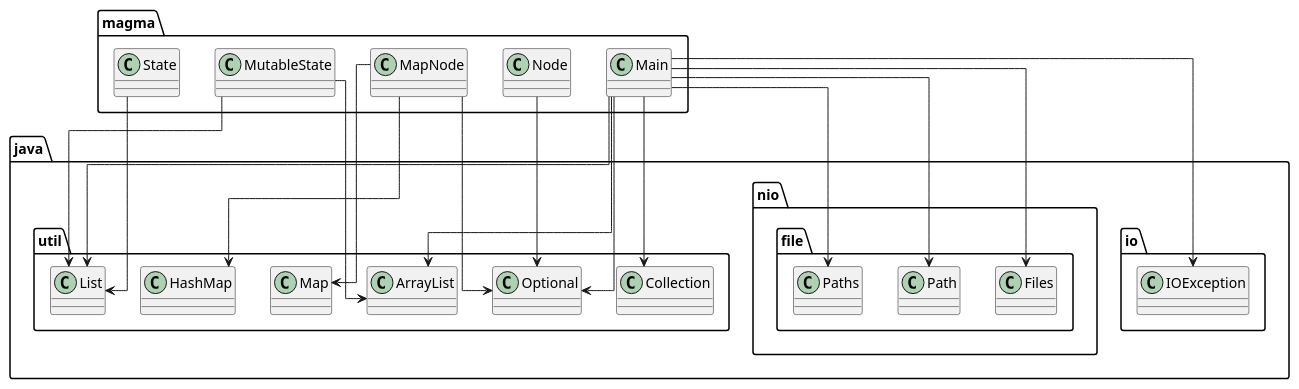
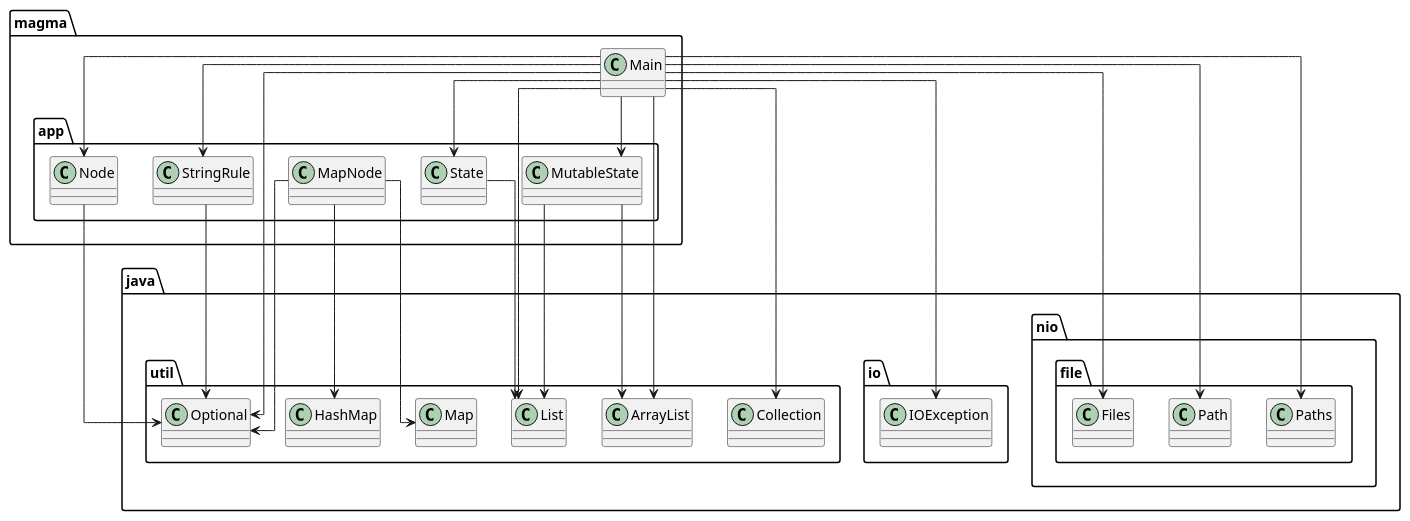
The diagram in diagram.puml (SirMathhman/Magma), drawn with PlantUML before and after one commit. The commit also changed 6 other files, not shown here.

```diff
--- a/diagram.puml
+++ b/diagram.puml
@@ -1,23 +1,29 @@
 @startuml
 skinparam linetype ortho
+class magma.app.MapNode
+magma.app.MapNode --> java.util.HashMap
+magma.app.MapNode --> java.util.Map
+magma.app.MapNode --> java.util.Optional
+class magma.app.MutableState
+magma.app.MutableState --> java.util.ArrayList
+magma.app.MutableState --> java.util.List
+class magma.app.Node
+magma.app.Node --> java.util.Optional
+class magma.app.State
+magma.app.State --> java.util.List
+class magma.app.StringRule
+magma.app.StringRule --> java.util.Optional
 class magma.Main
+magma.Main --> magma.app.MutableState
+magma.Main --> magma.app.Node
+magma.Main --> magma.app.State
+magma.Main --> magma.app.StringRule
 magma.Main --> java.io.IOException
 magma.Main --> java.nio.file.Files
 magma.Main --> java.nio.file.Path
 magma.Main --> java.nio.file.Paths
 magma.Main --> java.util.ArrayList
 magma.Main --> java.util.Collection
 magma.Main --> java.util.List
 magma.Main --> java.util.Optional
-class magma.MapNode
-magma.MapNode --> java.util.HashMap
-magma.MapNode --> java.util.Map
-magma.MapNode --> java.util.Optional
-class magma.MutableState
-magma.MutableState --> java.util.ArrayList
-magma.MutableState --> java.util.List
-class magma.Node
-magma.Node --> java.util.Optional
-class magma.State
-magma.State --> java.util.List
 @enduml
```
